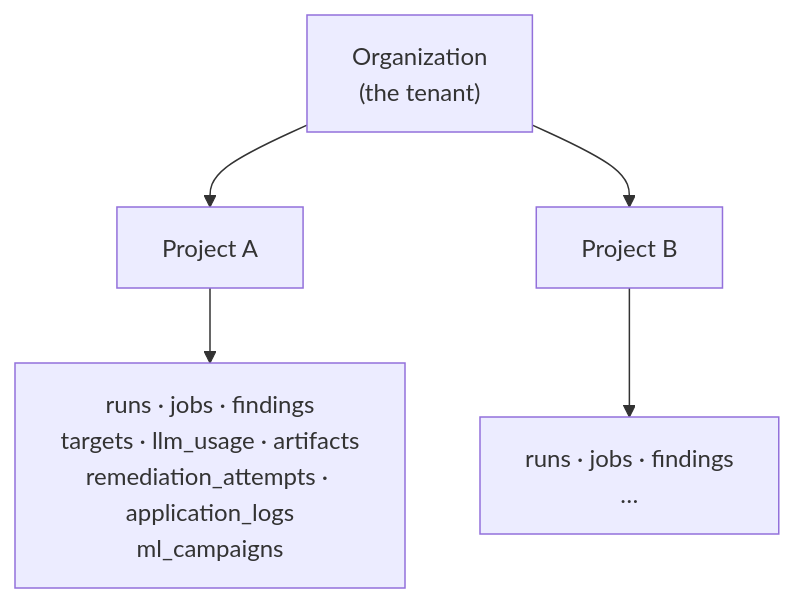
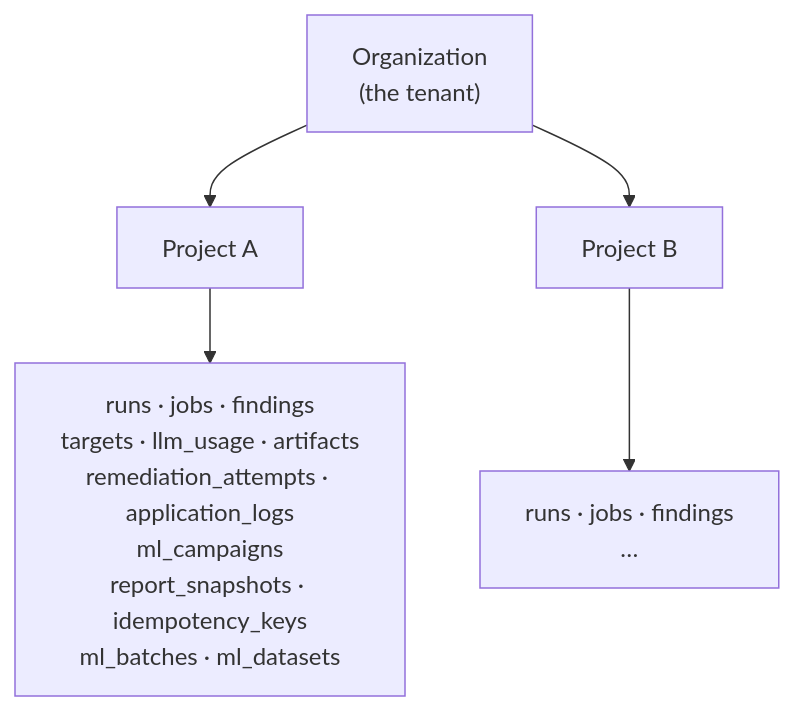
Before and after one commit to IntelliBridge/ndia-red-team-simulator: the first of 2 diagrams in docs/architecture/multi-tenancy.md, drawn with Mermaid. The commit also changed other lines of this file and 11 other files, not shown here.

````diff
--- a/docs/architecture/multi-tenancy.md
+++ b/docs/architecture/multi-tenancy.md
@@ -28,8 +28,8 @@
 ```mermaid
 flowchart TD
   org["Organization<br/>(the tenant)"]
   org --> projA["Project A"]
   org --> projB["Project B"]
-  projA --> runsA["runs · jobs · findings<br/>targets · llm_usage · artifacts<br/>remediation_attempts · application_logs<br/>ml_campaigns"]
+  projA --> runsA["runs · jobs · findings<br/>targets · llm_usage · artifacts<br/>remediation_attempts · application_logs<br/>ml_campaigns<br/>report_snapshots · idempotency_keys<br/>ml_batches · ml_datasets"]
   projB --> runsB["runs · jobs · findings<br/>…"]
 ```
````
